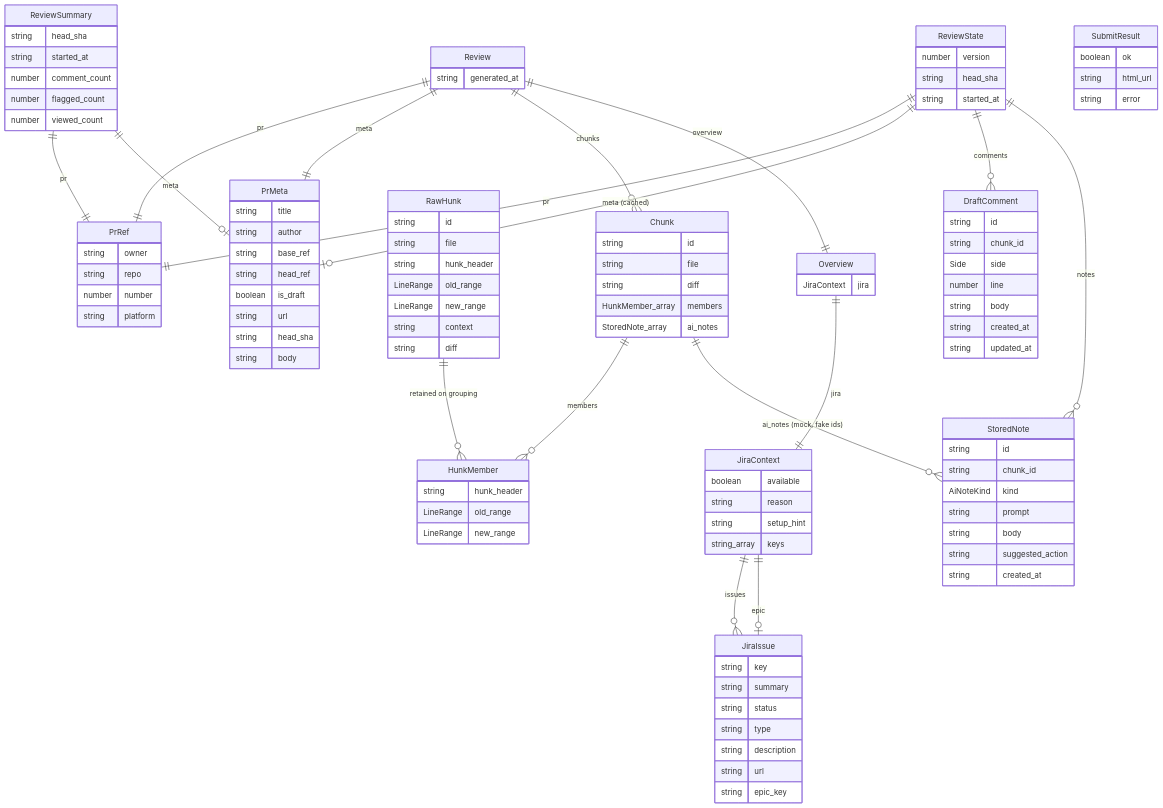
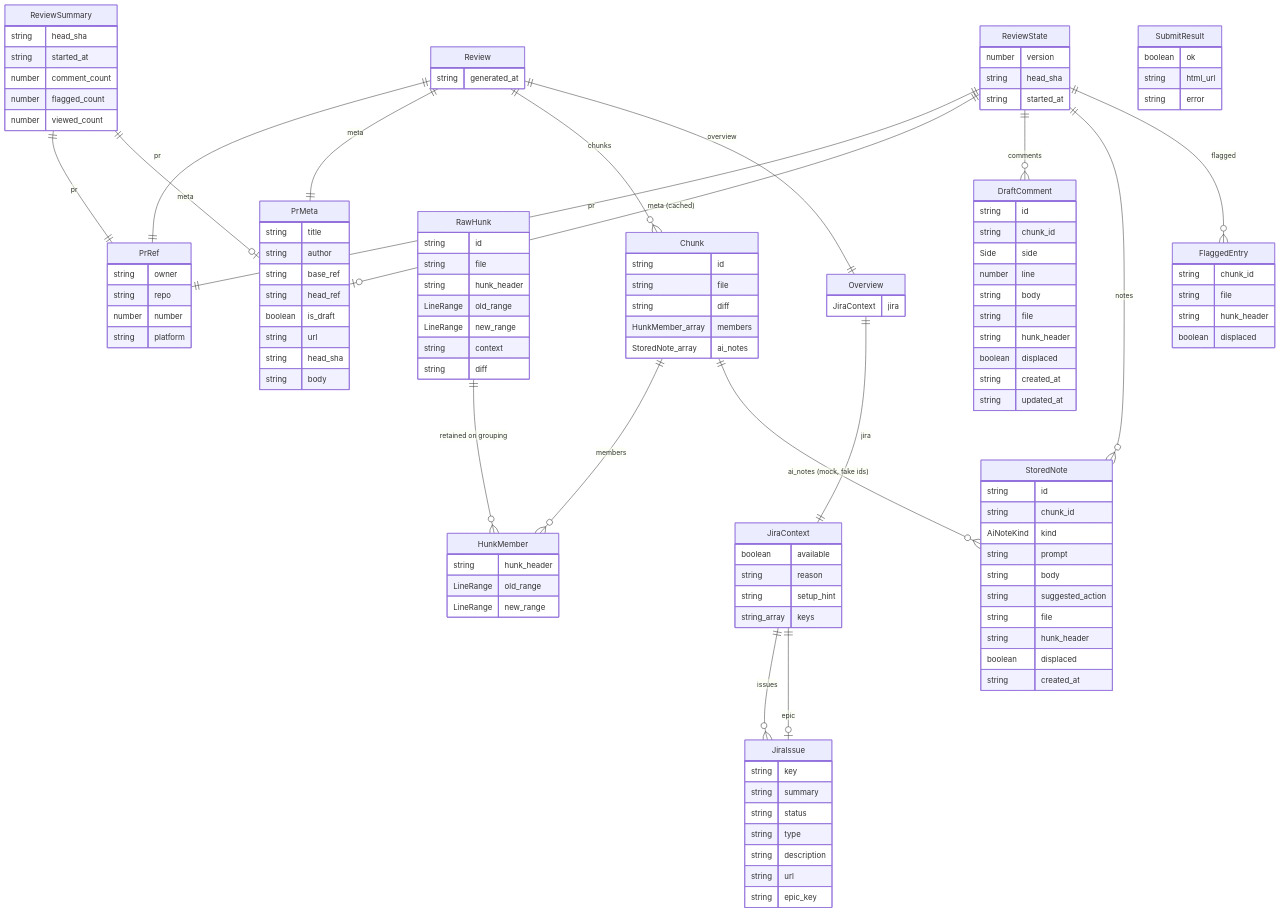
The first of 3 diagrams in README.md (moui72/assisted-review), drawn with Mermaid before and after one commit. The commit also changed 11 other files, not shown here.

````diff
--- a/README.md
+++ b/README.md
@@ -255,6 +255,9 @@
         Side side
         number line
         string body
+        string file
+        string hunk_header
+        boolean displaced
         string created_at
         string updated_at
     }
@@ -265,7 +268,16 @@
         string prompt
         string body
         string suggested_action
+        string file
+        string hunk_header
+        boolean displaced
         string created_at
+    }
+    FlaggedEntry {
+        string chunk_id
+        string file
+        string hunk_header
+        boolean displaced
     }
     ReviewState {
         number version
@@ -299,6 +311,7 @@
     ReviewState ||--o| PrMeta : "meta (cached)"
     ReviewState ||--o{ DraftComment : "comments"
     ReviewState ||--o{ StoredNote : "notes"
+    ReviewState ||--o{ FlaggedEntry : "flagged"
     ReviewSummary ||--|| PrRef : "pr"
     ReviewSummary ||--o| PrMeta : "meta"
 ```
````
